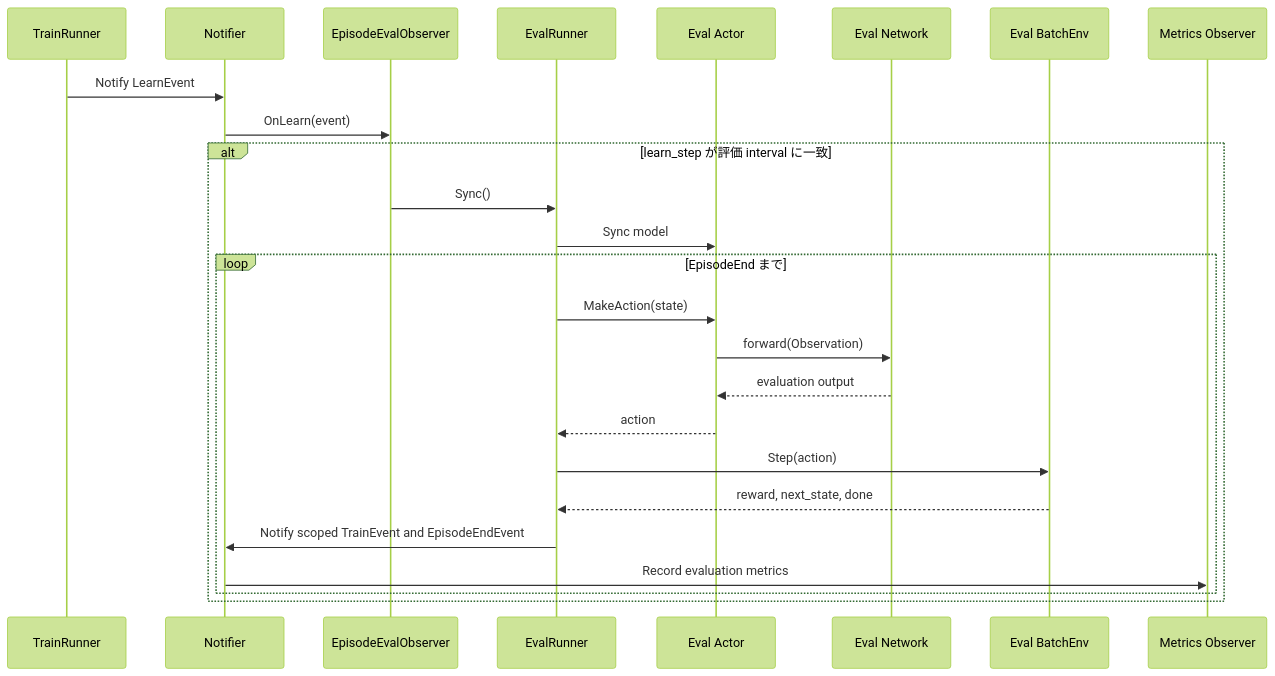
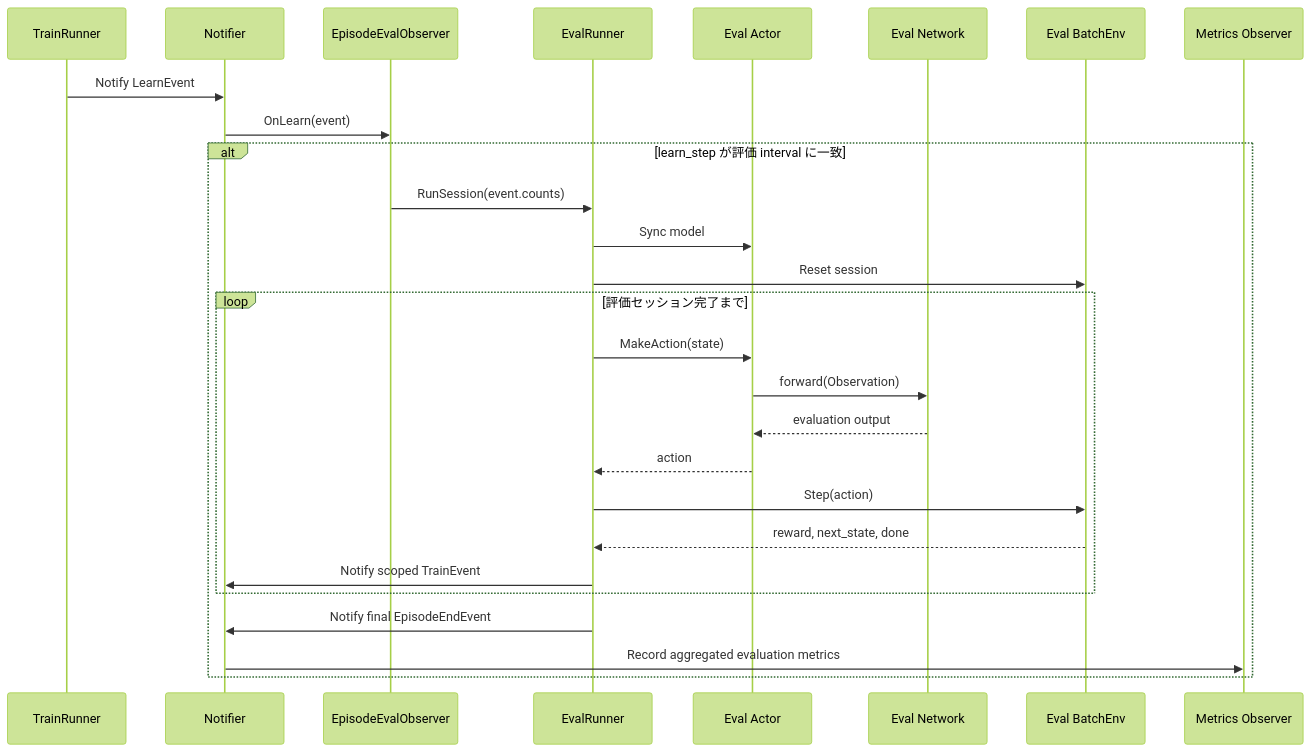
One commit to kazukin123/anet-lab changed the third of 3 diagrams in docs/design/010_framework_overview.jp.md. Above: the diagram before and after it, drawn with Mermaid (forest theme). The commit also changed other lines of this file and 34 other files, not shown here.

````diff
--- a/docs/design/010_framework_overview.jp.md
+++ b/docs/design/010_framework_overview.jp.md
@@ -298,28 +298,30 @@
 ```mermaid
 sequenceDiagram
     participant TR as TrainRunner
     participant N as Notifier
     participant EO as EpisodeEvalObserver
     participant ER as EvalRunner
     participant EA as Eval Actor
     participant EN as Eval Network
     participant EE as Eval BatchEnv
     participant MO as Metrics Observer
 
     TR->>N: Notify LearnEvent
     N->>EO: OnLearn(event)
     alt learn_step が評価 interval に一致
-        EO->>ER: Sync()
+        EO->>ER: RunSession(event.counts)
         ER->>EA: Sync model
-        loop EpisodeEnd まで
+        ER->>EE: Reset session
+        loop 評価セッション完了まで
             ER->>EA: MakeAction(state)
             EA->>EN: forward(Observation)
             EN-->>EA: evaluation output
             EA-->>ER: action
             ER->>EE: Step(action)
             EE-->>ER: reward, next_state, done
-            ER->>N: Notify scoped TrainEvent and EpisodeEndEvent
-            N->>MO: Record evaluation metrics
+            ER->>N: Notify scoped TrainEvent
         end
+        ER->>N: Notify final EpisodeEndEvent
+        N->>MO: Record aggregated evaluation metrics
     end
 ```
````
